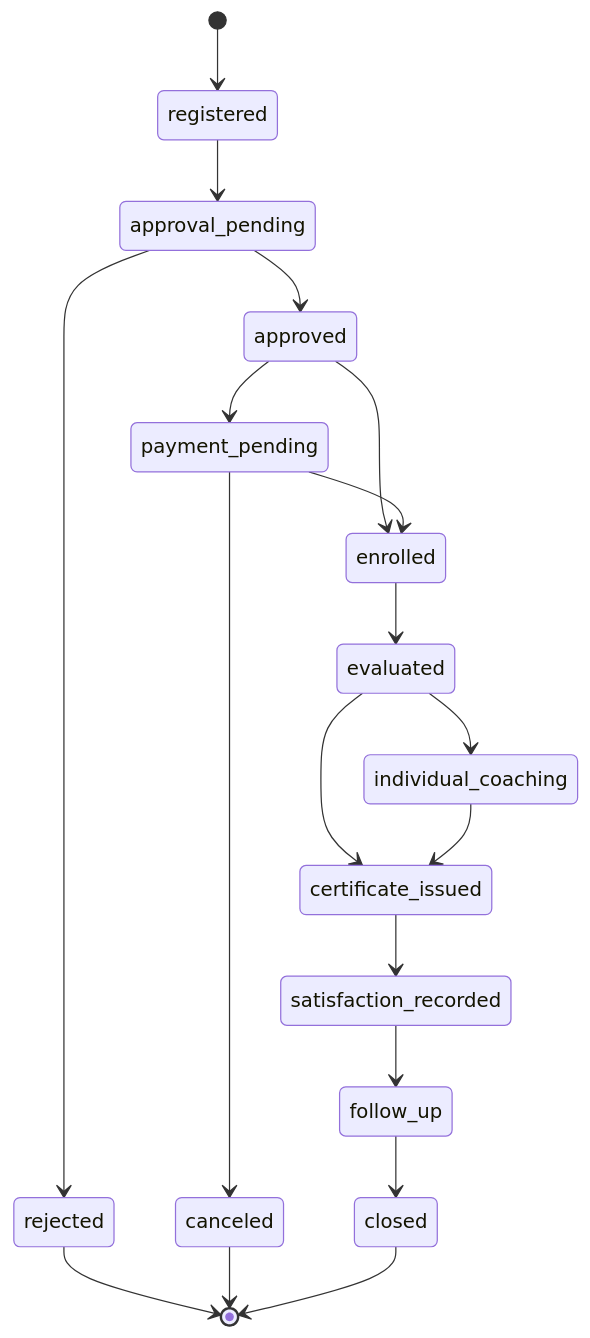
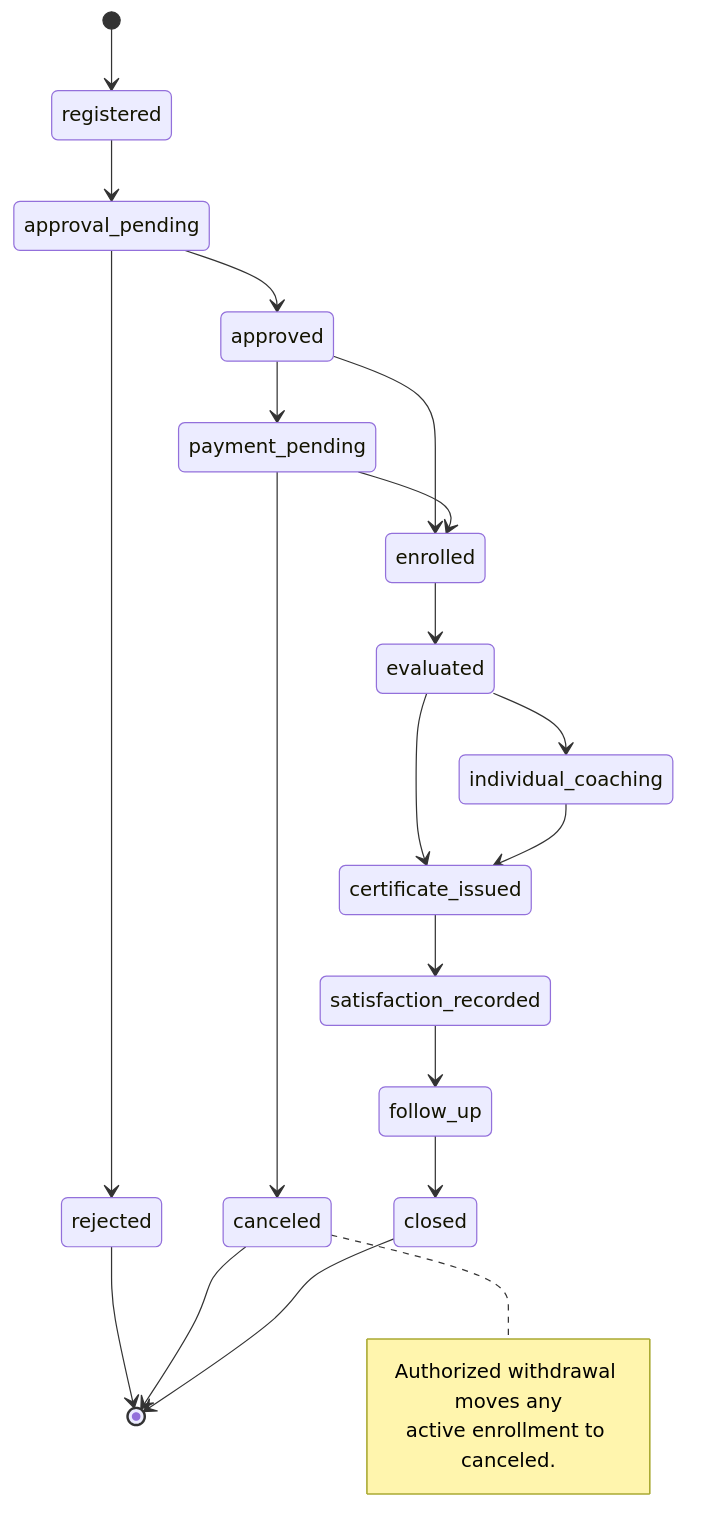
One commit to cyberdr1ft3r/hire-me-platform changed diagram 11 of 13 in docs/workflows.md. Above: the diagram before and after it, drawn with Mermaid. The commit also changed other lines of this file and 27 other files, not shown here.

````diff
--- a/docs/workflows.md
+++ b/docs/workflows.md
@@ -498,21 +498,25 @@
 ```mermaid
 stateDiagram-v2
     [*] --> registered
     registered --> approval_pending
     approval_pending --> approved
     approval_pending --> rejected
     approved --> payment_pending
     approved --> enrolled
     payment_pending --> enrolled
     payment_pending --> canceled
     enrolled --> evaluated
     evaluated --> individual_coaching
     evaluated --> certificate_issued
     individual_coaching --> certificate_issued
     certificate_issued --> satisfaction_recorded
     satisfaction_recorded --> follow_up
     follow_up --> closed
     rejected --> [*]
     canceled --> [*]
     closed --> [*]
+    note right of canceled
+        Authorized withdrawal moves any
+        active enrollment to canceled.
+    end note
 ```
````
